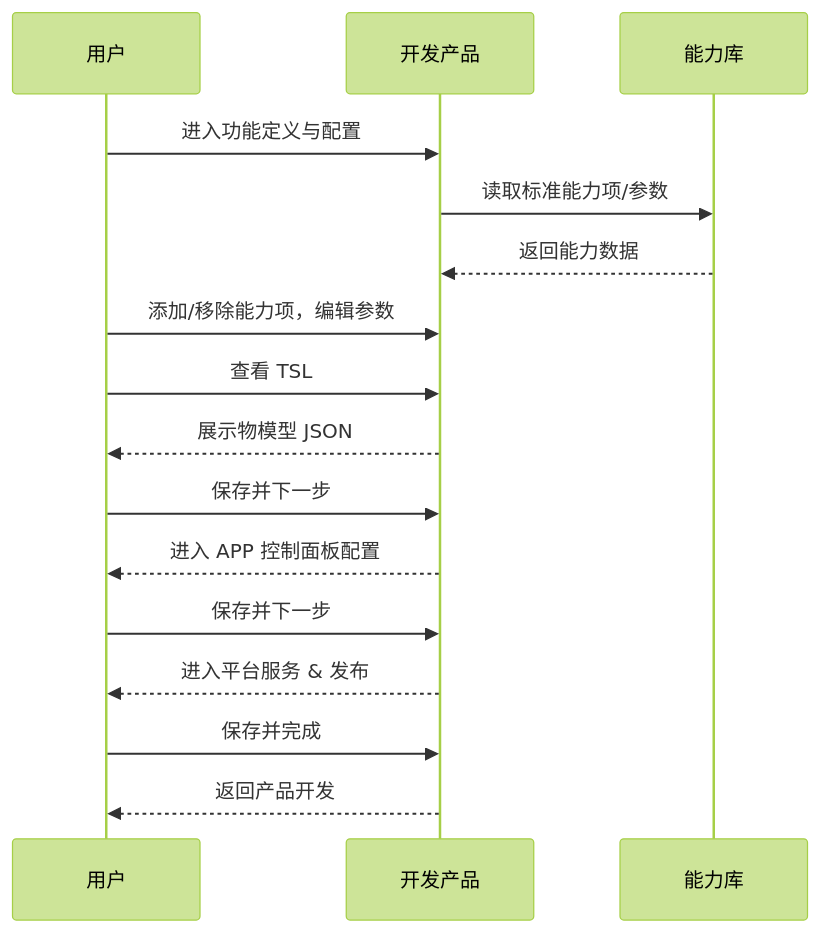
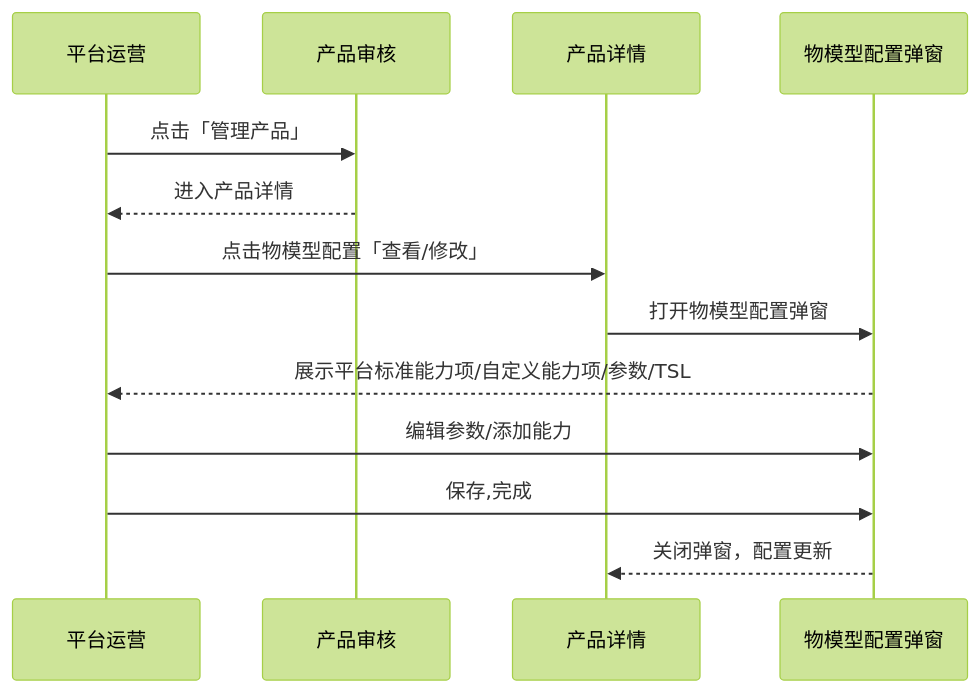
The fifth of 6 diagrams in docs/prd_full/生态平台物模型重构/生态平台物模型重构03PRD.md (hongtao-l/platform), drawn with Mermaid (forest theme) before and after one commit. The commit also changed other lines of this file and 6 other files, not shown here.

````diff
--- a/docs/prd_full/生态平台物模型重构/生态平台物模型重构03PRD.md
+++ b/docs/prd_full/生态平台物模型重构/生态平台物模型重构03PRD.md
@@ -171,18 +165,15 @@
 ```mermaid
 sequenceDiagram
-    participant U as 用户
-    participant P as 开发产品
-    participant L as 能力库
-    U->>P: 进入功能定义与配置
-    P->>L: 读取标准能力项/参数
-    L-->>P: 返回能力数据
-    U->>P: 添加/移除能力项，编辑参数
-    U->>P: 查看 TSL
-    P-->>U: 展示物模型 JSON
-    U->>P: 保存并下一步
-    P-->>U: 进入 APP 控制面板配置
-    U->>P: 保存并下一步
-    P-->>U: 进入平台服务 & 发布
-    U->>P: 保存并完成
-    P-->>U: 返回产品开发
+    participant O as 平台运营
+    participant A as 产品审核
+    participant D as 产品详情
+    participant C as 物模型配置弹窗
+    O->>A: 点击「管理产品」
+    A-->>O: 进入产品详情
+    O->>D: 点击物模型配置「查看/修改」
+    D->>C: 打开物模型配置弹窗
+    C-->>O: 展示平台标准能力项/自定义能力项/参数/TSL
+    O->>C: 编辑参数/添加能力
+    O->>C: 保存,完成
+    C-->>D: 关闭弹窗，配置更新
 ```
````
